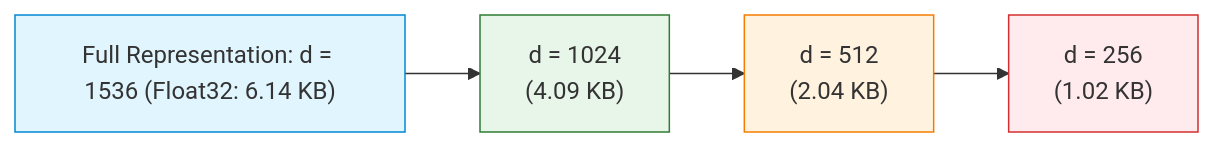
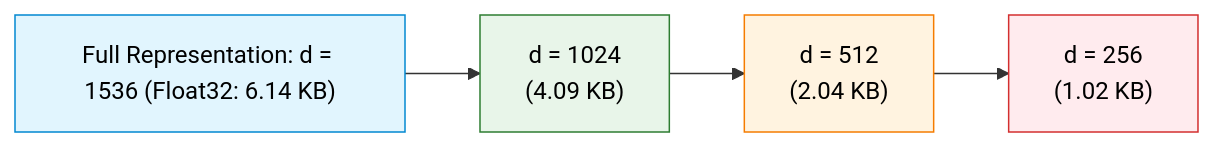
The third of 7 diagrams in 03-Embeddings-and-Vector-Databases/Embedding-Models.md (swapnil3104/RAG-Engineering), drawn with Mermaid before and after one commit. The commit also changed 108 other files, not shown here.

Commit message:
fix: make chart text visible across all Mermaid diagrams and resolve markdown table formatting issues

````diff
--- a/03-Embeddings-and-Vector-Databases/Embedding-Models.md
+++ b/03-Embeddings-and-Vector-Databases/Embedding-Models.md
@@ -120,15 +120,15 @@
 ```mermaid
 flowchart LR
     FullVec["Full Representation: d = 1536 (Float32: 6.14 KB)"]
     
     Sub1["d = 1024<br/>(4.09 KB)"]
     Sub2["d = 512<br/>(2.04 KB)"]
     Sub3["d = 256<br/>(1.02 KB)"]
 
     FullVec --> Sub1 --> Sub2 --> Sub3
 
-    style FullVec fill:#e1f5fe,stroke:#0288d1
-    style Sub1 fill:#e8f5e9,stroke:#2e7d32
-    style Sub2 fill:#fff3e0,stroke:#f57c00
-    style Sub3 fill:#ffebee,stroke:#d32f2f
+    style FullVec fill:#e1f5fe,stroke:#0288d1,color:#000000
+    style Sub1 fill:#e8f5e9,stroke:#2e7d32,color:#000000
+    style Sub2 fill:#fff3e0,stroke:#f57c00,color:#000000
+    style Sub3 fill:#ffebee,stroke:#d32f2f,color:#000000
 ```
````
